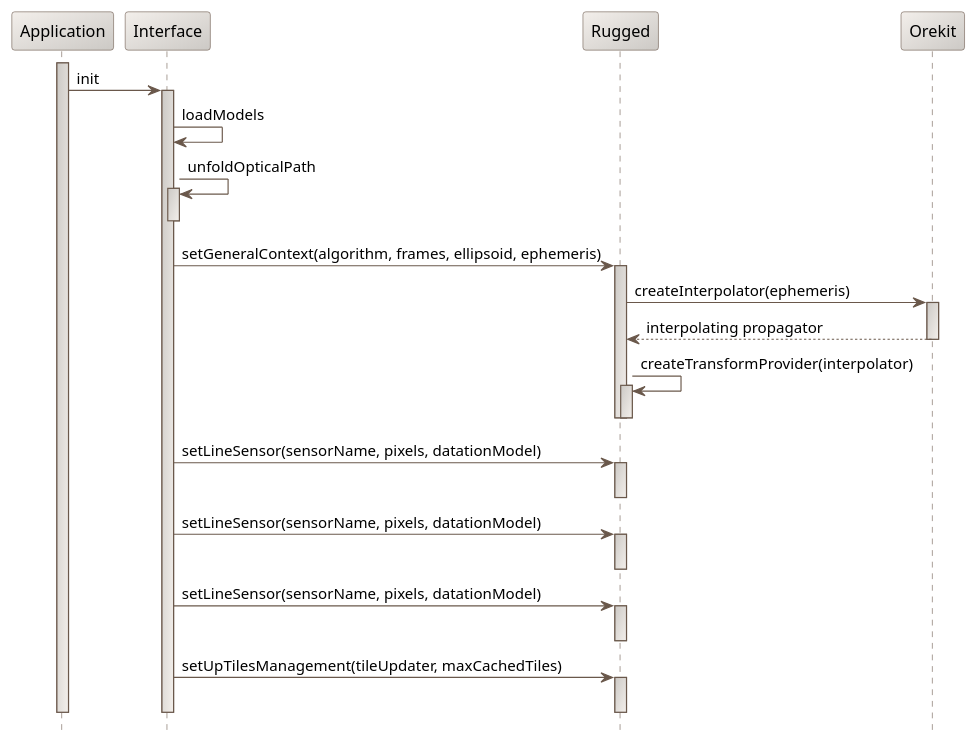
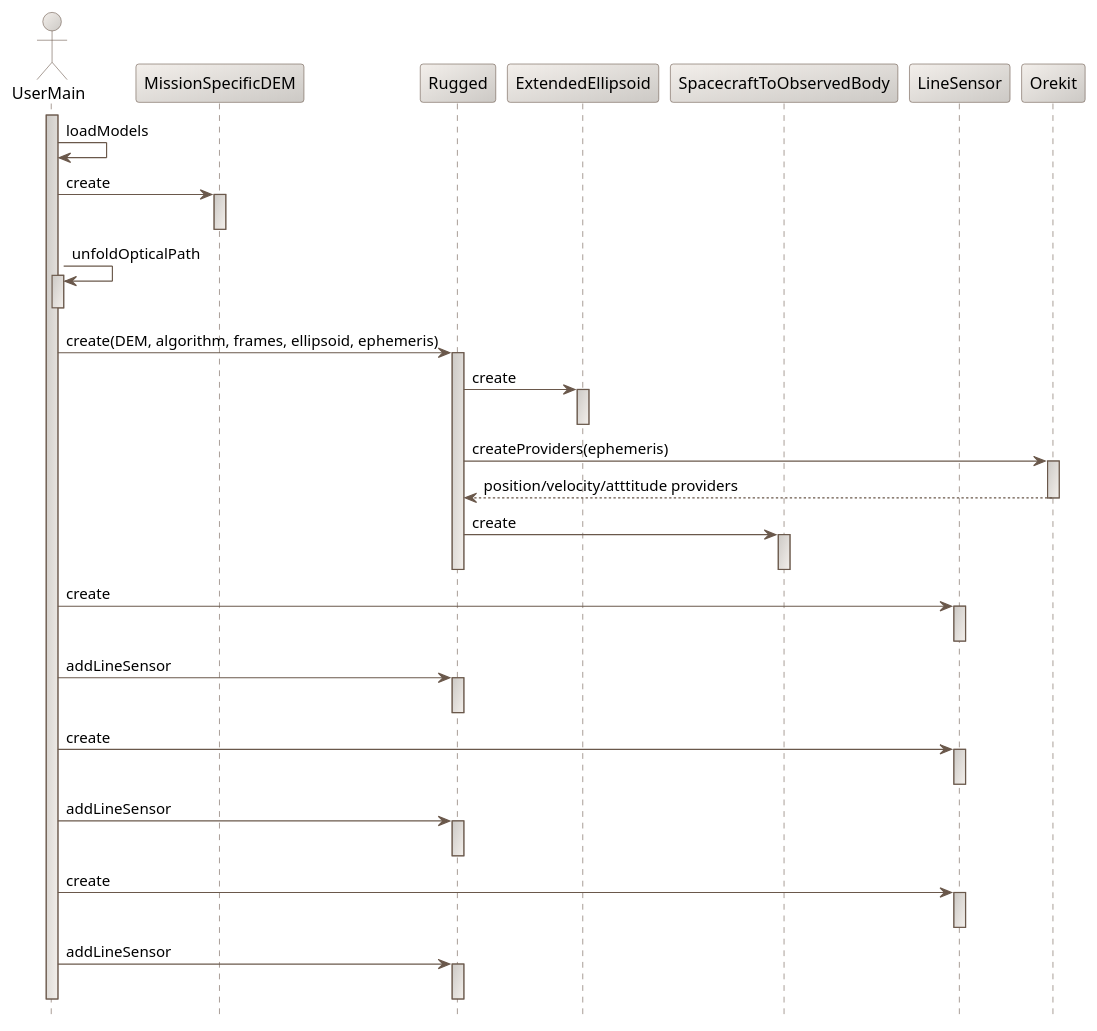
The diagram in design/initialization-sequence-diagram.puml (CS-SI/Rugged), drawn with PlantUML before and after one commit. The commit also changed 7 other files, not shown here.

Commit message:
Updated UML diagrams.

```diff
--- a/design/initialization-sequence-diagram.puml
+++ b/design/initialization-sequence-diagram.puml
@@ -17,55 +17,68 @@
 @startuml
 
   skinparam svek                                true
   skinparam NoteBackgroundColor                 #F3EFEB
   skinparam NoteBorderColor                     #691616
   skinparam NoteFontColor                       #691616
   skinparam SequenceActorBorderColor            #6A584B
+  skinparam SequenceActorBackgroundColor        #F3EFEB/CCC9C5
   skinparam SequenceParticipantBackgroundColor  #F3EFEB/CCC9C5
   skinparam SequenceParticipantBorderColor      #6A584B
   skinparam SequenceLifeLineBackgroundColor     #CCC9C5/F3EFEB
   skinparam SequenceLifeLineBorderColor         #6A584B
   skinparam SequenceArrowColor                  #6A584B
   skinparam SequenceBorderColor                 #6A584B
   skinparam SequenceFontSize                    11
 
   hide footbox
 
-  participant "Application" as A
-  participant "Interface" as I
+  actor       "UserMain" as A
+  participant "MissionSpecificDEM" as B
   participant "Rugged" as R
+  participant "ExtendedEllipsoid" as E
+  participant "SpacecraftToObservedBody" as S
+  participant "LineSensor" as LS
   participant "Orekit" as O
 
   activate A
-    A -> I : init
-    activate I
-      I -> I : loadModels
-      I -> I : unfoldOpticalPath
-      activate I
-      deactivate I
-      I -> R : setGeneralContext(algorithm, frames, ellipsoid, ephemeris)
-      activate R
-        R -> O : createInterpolator(ephemeris)
-        activate O
-          O --> R : interpolating propagator
-        deactivate O
-        R -> R : createTransformProvider(interpolator)
-        activate R
-         deactivate R
-      deactivate R
-      I -> R : setLineSensor(sensorName, pixels, datationModel)
-      activate R
-      deactivate R
-      I -> R : setLineSensor(sensorName, pixels, datationModel)
-      activate R
-      deactivate R
-      I -> R : setLineSensor(sensorName, pixels, datationModel)
-      activate R
-      deactivate R
-      I -> R : setUpTilesManagement(tileUpdater, maxCachedTiles)
-      activate R
-      deactivate R
-    deactivate I
+    A -> A : loadModels
+    A -> B : create
+    activate B
+    deactivate B
+    A -> A : unfoldOpticalPath
+    activate A
+    deactivate A
+    A -> R : create(DEM, algorithm, frames, ellipsoid, ephemeris)
+    activate R
+      R -> E : create
+      activate E
+      deactivate E
+      R -> O : createProviders(ephemeris)
+      activate O
+        O --> R : position/velocity/atttitude providers
+      deactivate O
+      R -> S : create
+      activate S
+      deactivate S
+    deactivate R
+    A -> LS : create
+    activate LS
+    deactivate LS
+    A -> R : addLineSensor
+    activate R
+    deactivate R
+    A -> LS : create
+    activate LS
+    deactivate LS
+    A -> R : addLineSensor
+    activate R
+    deactivate R
+    A -> LS : create
+    activate LS
+    deactivate LS
+    A -> R : addLineSensor
+    activate R
+    deactivate R
   deactivate A
 
 @enduml
```
